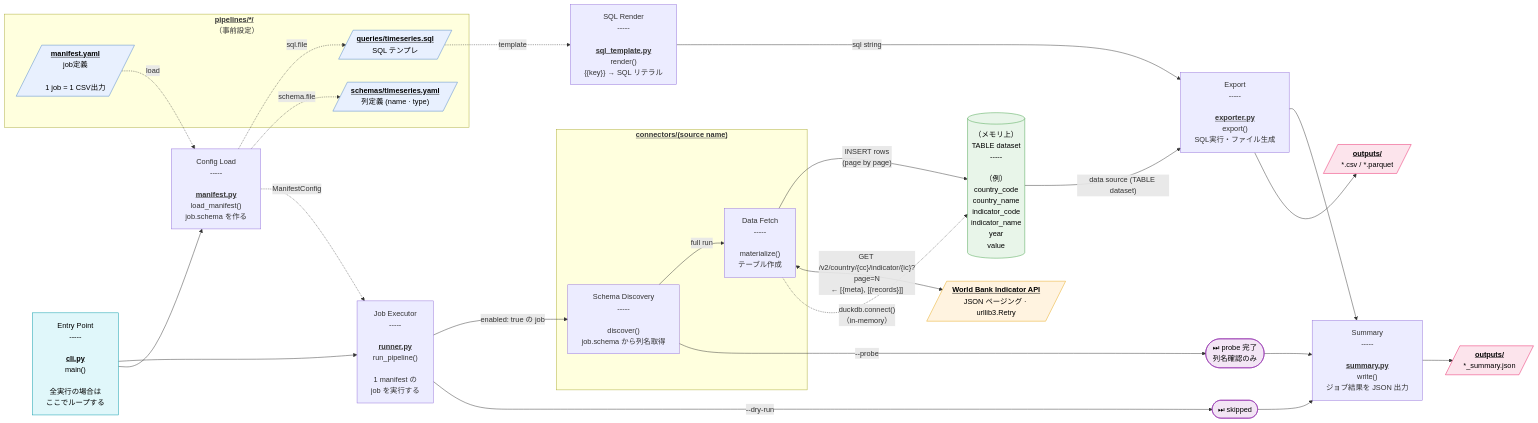
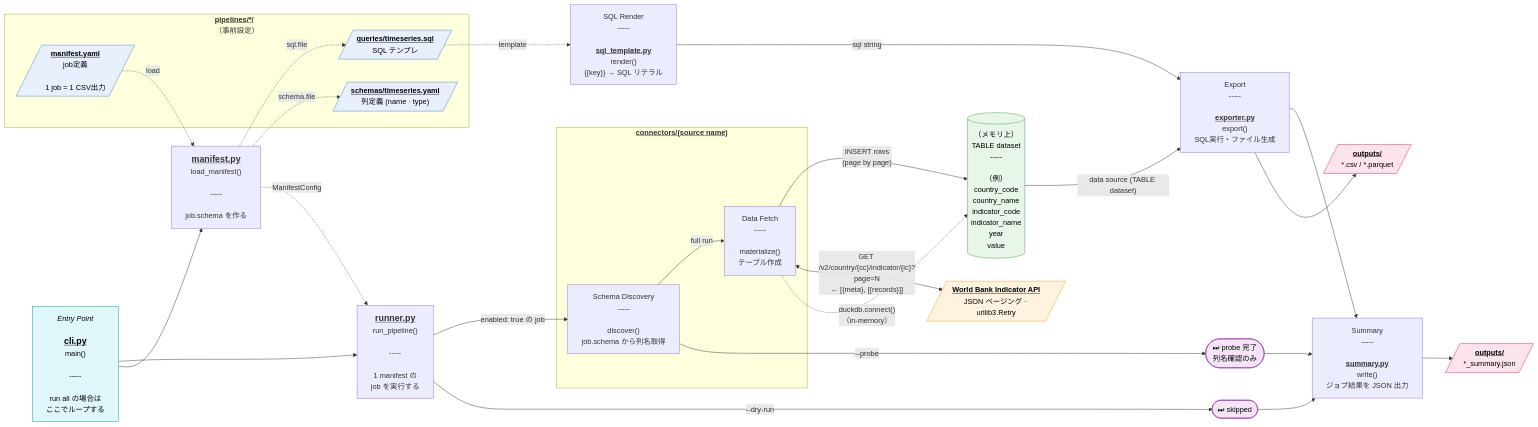
One commit to azu-azu/api-bulk-downloader changed the diagram in README.md. Above: the diagram before and after it, drawn with Mermaid. The commit also changed other lines of this file, not shown here.

Commit message:
Reorder architecture sections in README
Move connector interface, output, testing, and archive details above the
Mermaid data-flow diagram to improve scanability. Refresh the diagram’s
label styling while keeping the flow intact, and remove the duplicated
sections that previously followed the diagram.

````diff
--- a/README.md
+++ b/README.md
@@ -252,78 +315,76 @@
 ```mermaid
 flowchart LR
-    CLI["Entry Point<br>-----<br><br><u><b>cli.py</b></u><br>main()<br><br>全実行の場合は<br>ここでループする"]
-
-    RUN["Job Executor<br>-----<br><br><u><b>runner.py</b></u><br>run_pipeline()<br><br>1 manifest の <br>job を実行する"]
-
-    MAN["Config Load<br>-----<br><br><u><b>manifest.py</b></u><br>load_manifest()<br>job.schema を作る"]
+    CLI["<i>Entry Point</i><br><br><u><b><big>cli.py</b></u></big><br>main()<br><br>-----<br><br>run all の場合は<br>ここでループする"]
+    MAN["<u><b><big>manifest.py</big></u></b><br>load_manifest()<br><br>-----<br><br>job.schema を作る"]
+    RUN["<u><b><big>runner.py</big></u></b><br>run_pipeline()<br><br>-----<br><br>1 manifest の <br>job を実行する"]
 
     %% inputs (auxiliary)
     subgraph PRE ["<u><b>pipelines/*/</b></u><br>（事前設定）"]
         MF[/"<u><b>manifest.yaml</b></u><br>job定義<br><br>1 job = 1 CSV出力"/]
         SCH[/"<u><b>schemas/timeseries.yaml</b></u><br>列定義 (name · type)"/]
         SQL_FILE[/"<u><b>queries/timeseries.sql</b></u><br>SQL テンプレ"/]
     end
 
     SKIP(["⏭ skipped"])
 
     subgraph CONN ["<u><b>connectors/(source name)</b></u>"]
         DISC["Schema Discovery<br>-----<br><br>discover()<br>job.schema から列名取得"]
         MAT["Data Fetch<br>-----<br><br>materialize()<br>テーブル作成"]
     end
 
     PROBED(["⏭ probe 完了<br>列名確認のみ"])
 
     WB[/"<u><b>World Bank Indicator API</b></u><br>JSON ページング · urllib3.Retry"/]
 
     DS[("（メモリ上）<br>TABLE dataset<br>-----<br><br>（例）<br>country_code<br>country_name<br>indicator_code<br>indicator_name<br>year<br>value")]
 
     RENDER["SQL Render<br>-----<br><br><u><b>sql_template.py</b></u><br>render()<br>{{key}} → SQL リテラル"]
 
     EXPORT["Export<br>-----<br><br><u><b>exporter.py</b></u><br>export()<br>SQL実行・ファイル生成"]
 
     SUM["Summary<br>-----<br><br><u><b>summary.py</b></u><br>write()<br>ジョブ結果を JSON 出力"]
 
     OUT_DATA[/"<u><b>outputs/</b></u><br>*.csv / *.parquet"/]
     OUT_SUM[/"<u><b>outputs/</b></u><br>*_summary.json"/]
 
     %% main flow
     CLI --> MAN
     CLI --> RUN
     MAN -.->|"ManifestConfig"| RUN
     MF -.->|"load"| MAN
     MAN -.->|"schema.file"| SCH
     MAN -.->|"sql.file"| SQL_FILE
 
     RUN -->|"--dry-run"| SKIP
     RUN -->|"enabled: true の job"| DISC
 
     DISC -->|"--probe"| PROBED
     DISC -->|"full run"| MAT
 
     MAT -.->|"duckdb.connect()<br>（in-memory）"| DS
     MAT <-->|"GET /v2/country/{cc}/indicator/{ic}?page=N<br>← [{meta}, [{records}]]"| WB
     MAT -->|"INSERT rows<br>(page by page)"| DS
 
     DS -->|"data source (TABLE dataset)"| EXPORT
     SQL_FILE -.->|"template"| RENDER
     RENDER -->|"sql string"| EXPORT
     EXPORT --> OUT_DATA
     EXPORT --> SUM
     SKIP --> SUM
     PROBED --> SUM
     SUM --> OUT_SUM
 
     classDef entry fill:#e0f7fa,stroke:#0097a7,color:#000
     classDef file  fill:#e8f0fe,stroke:#4a7fcb,color:#000
     classDef ext   fill:#fff3e0,stroke:#e6a817,color:#000
     classDef db    fill:#e8f5e9,stroke:#43a047,color:#000
     classDef term  fill:#f3e5f5,stroke:#8e24aa,color:#000
     classDef out   fill:#fce4ec,stroke:#e91e63,color:#000
 
     class CLI entry
     class MF,SCH,SQL_FILE file
     class WB ext
     class DS db
     class SKIP,PROBED term
     class OUT_DATA,OUT_SUM out
 ```
````
